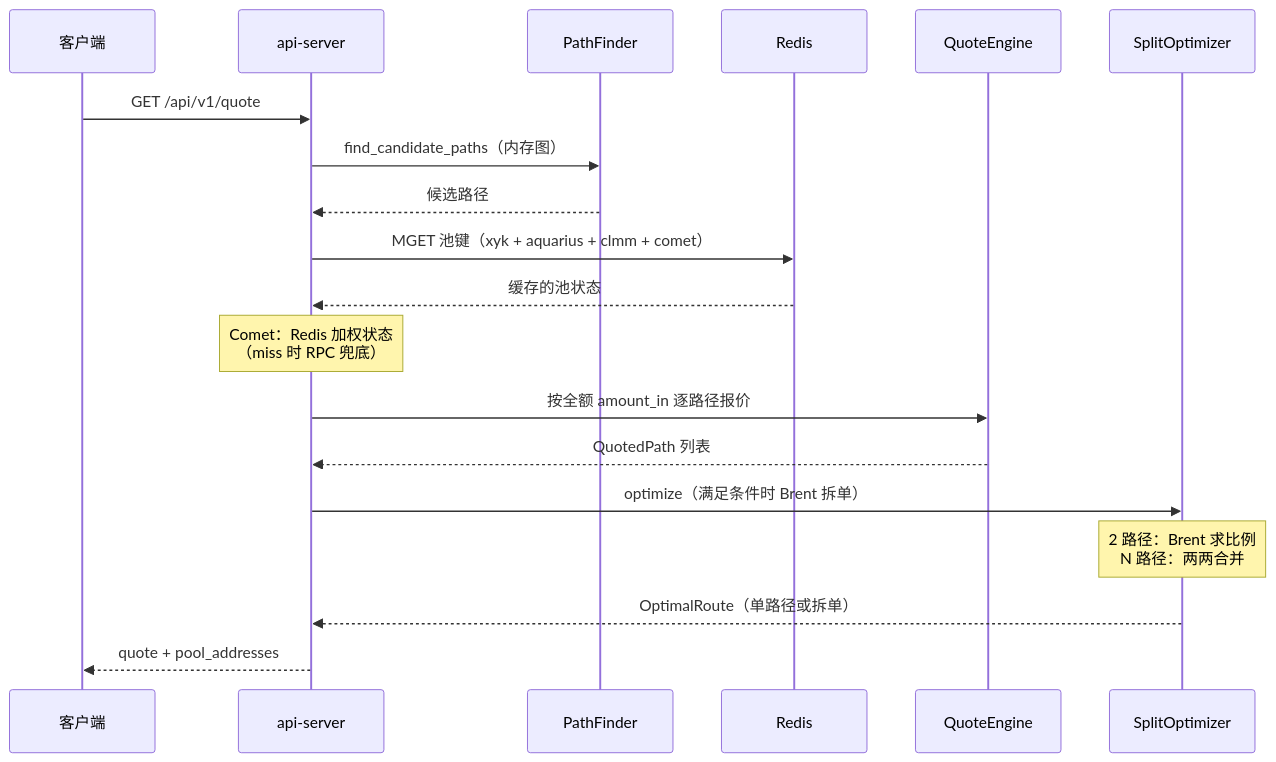
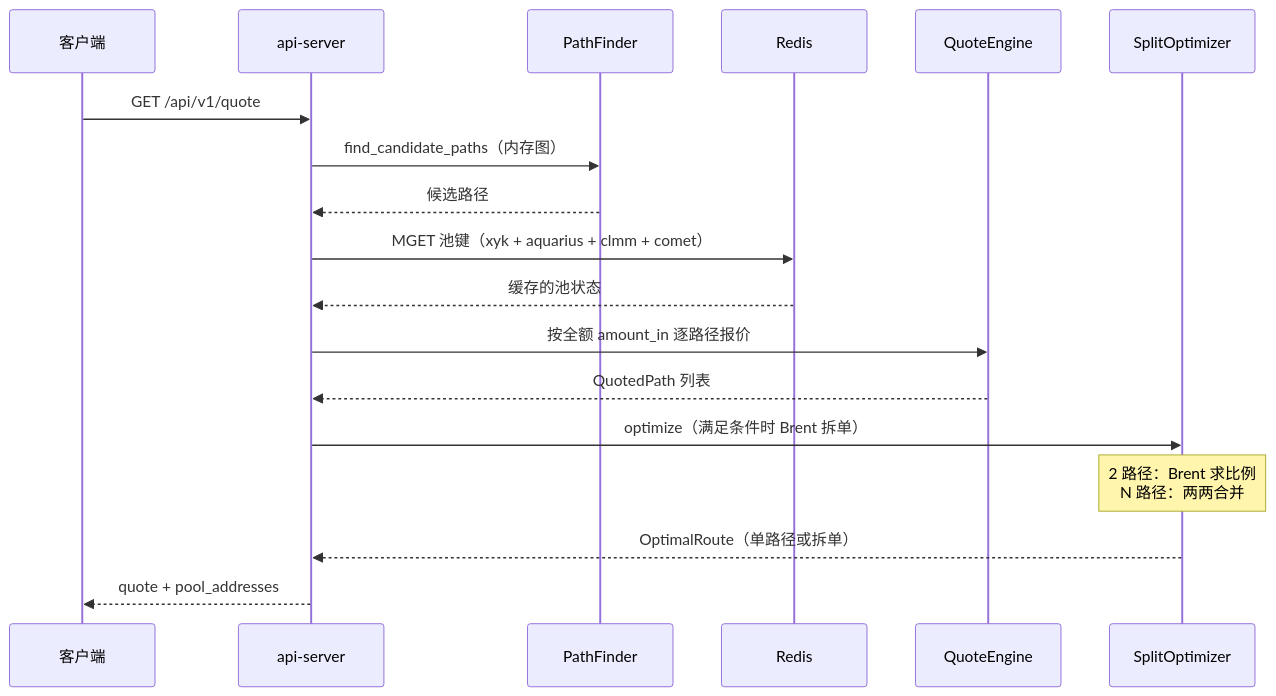
The third of 3 diagrams in README.zh-CN.md (Lum-Agg/stellar-dex-agg), drawn with Mermaid before and after one commit. The commit also changed other lines of this file and 1 other file, not shown here.

````diff
--- a/README.zh-CN.md
+++ b/README.zh-CN.md
@@ -125,22 +124,21 @@
 ```mermaid
 sequenceDiagram
   participant C as 客户端
   participant API as api-server
   participant PF as PathFinder
   participant R as Redis
   participant QE as QuoteEngine
   participant SO as SplitOptimizer
 
   C->>API: GET /api/v1/quote
   API->>PF: find_candidate_paths（内存图）
   PF-->>API: 候选路径
   API->>R: MGET 池键（xyk + aquarius + clmm + comet）
   R-->>API: 缓存的池状态
-  Note over API: Comet：Redis 加权状态<br/>（miss 时 RPC 兜底）
   API->>QE: 按全额 amount_in 逐路径报价
   QE-->>API: QuotedPath 列表
   API->>SO: optimize（满足条件时 Brent 拆单）
   Note over SO: 2 路径：Brent 求比例<br/>N 路径：两两合并
   SO-->>API: OptimalRoute（单路径或拆单）
   API-->>C: quote + pool_addresses
 ```
````
